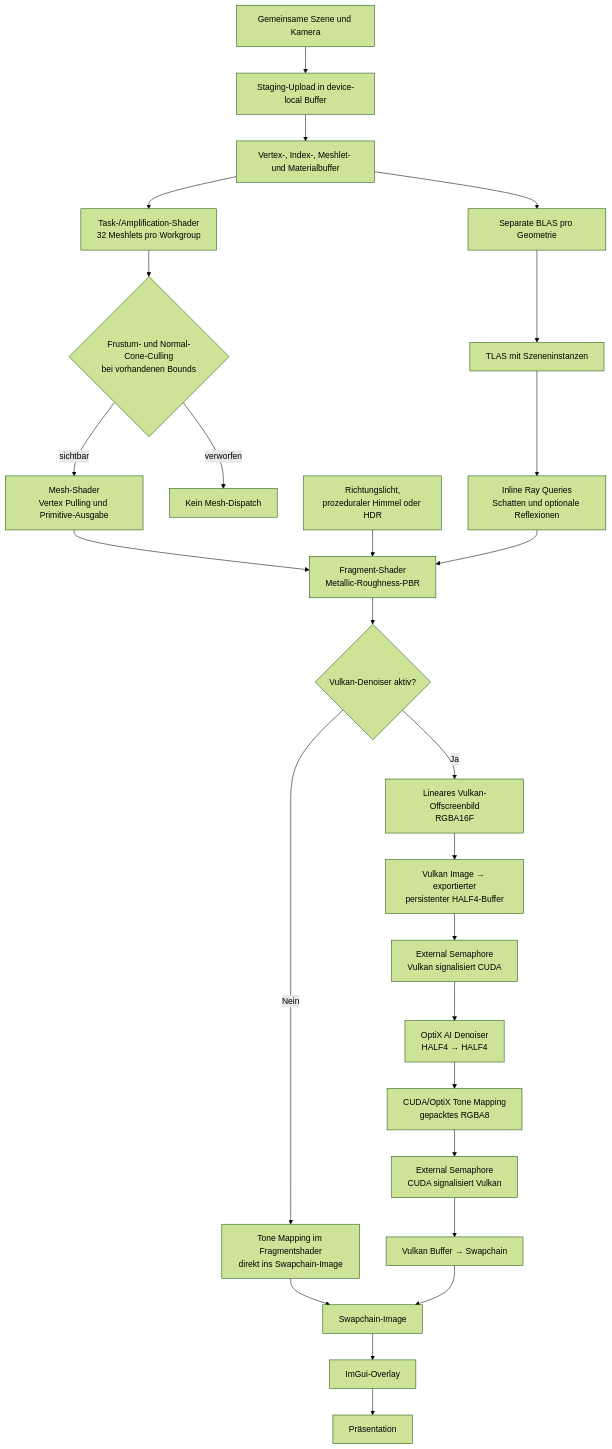
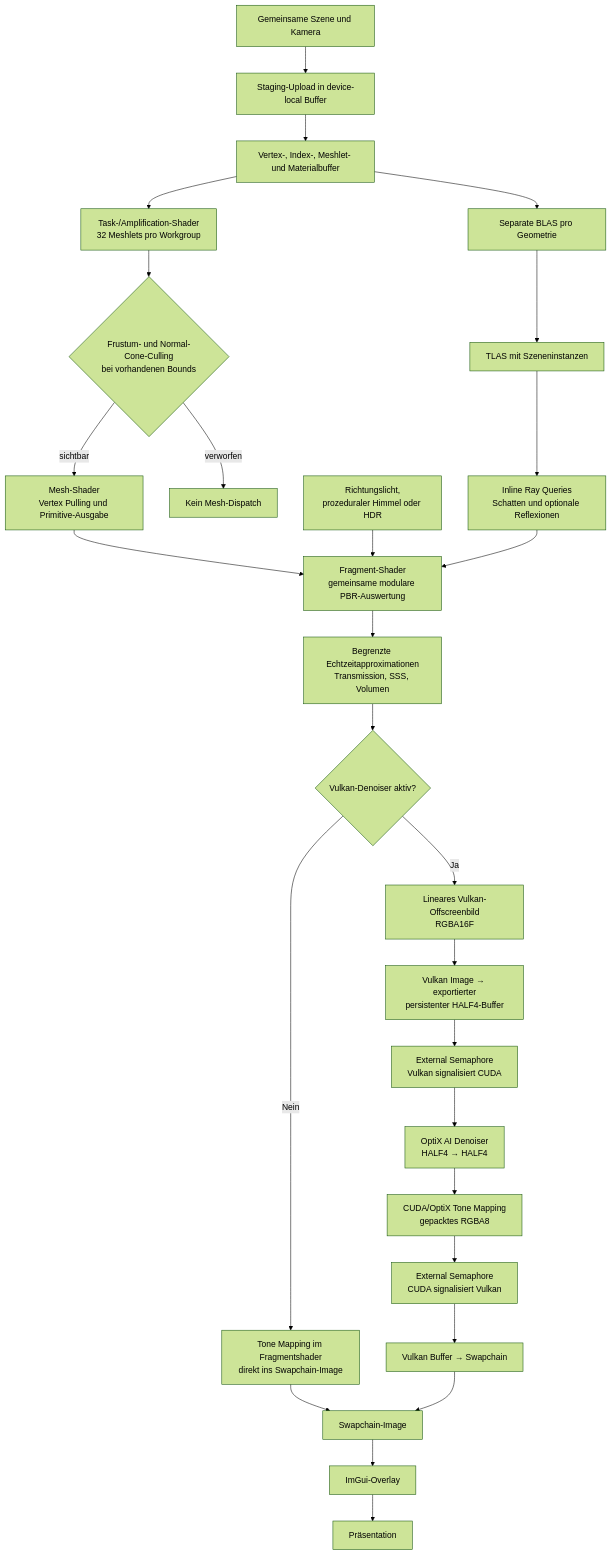
One commit to F2TekIndie/VORaytracer changed the second of 4 diagrams in RENDERPFADE.md. Above: the diagram before and after it, drawn with Mermaid (forest theme). The commit also changed other lines of this file and 34 other files, not shown here.

Commit message:
pbr shader update

````diff
--- a/RENDERPFADE.md
+++ b/RENDERPFADE.md
@@ -24,30 +27,31 @@
 ```mermaid
 flowchart TD
     Scene["Gemeinsame Szene und Kamera"] --> Upload["Staging-Upload in device-local Buffer"]
     Upload --> Geometry["Vertex-, Index-, Meshlet- und Materialbuffer"]
     Geometry --> Task["Task-/Amplification-Shader<br/>32 Meshlets pro Workgroup"]
     Task --> Cull{"Frustum- und Normal-Cone-Culling<br/>bei vorhandenen Bounds"}
     Cull -->|sichtbar| Mesh["Mesh-Shader<br/>Vertex Pulling und Primitive-Ausgabe"]
     Cull -->|verworfen| Skip["Kein Mesh-Dispatch"]
 
     Geometry --> BLAS["Separate BLAS pro Geometrie"]
     BLAS --> TLAS["TLAS mit Szeneninstanzen"]
 
-    Mesh --> Fragment["Fragment-Shader<br/>Metallic-Roughness-PBR"]
+    Mesh --> Fragment["Fragment-Shader<br/>gemeinsame modulare PBR-Auswertung"]
     TLAS --> Queries["Inline Ray Queries<br/>Schatten und optionale Reflexionen"]
     Light["Richtungslicht,<br/>prozeduraler Himmel oder HDR"] --> Fragment
     Queries --> Fragment
-    Fragment --> Denoise{"Vulkan-Denoiser aktiv?"}
+    Fragment --> Approx["Begrenzte Echtzeitapproximationen<br/>Transmission, SSS, Volumen"]
+    Approx --> Denoise{"Vulkan-Denoiser aktiv?"}
     Denoise -->|Nein| ToneMap["Tone Mapping im Fragmentshader<br/>direkt ins Swapchain-Image"]
     Denoise -->|Ja| HDRImage["Lineares Vulkan-Offscreenbild<br/>RGBA16F"]
     HDRImage --> ExtHalf["Vulkan Image → exportierter<br/>persistenter HALF4-Buffer"]
     ExtHalf --> WaitCuda["External Semaphore<br/>Vulkan signalisiert CUDA"]
     WaitCuda --> OptixDenoiser["OptiX AI Denoiser<br/>HALF4 → HALF4"]
     OptixDenoiser --> CudaTone["CUDA/OptiX Tone Mapping<br/>gepacktes RGBA8"]
     CudaTone --> WaitVk["External Semaphore<br/>CUDA signalisiert Vulkan"]
     WaitVk --> CopyVk["Vulkan Buffer → Swapchain"]
     ToneMap --> Swapchain["Swapchain-Image"]
     CopyVk --> Swapchain
     Swapchain --> ImGui["ImGui-Overlay"]
     ImGui --> Present["Präsentation"]
 ```
````
